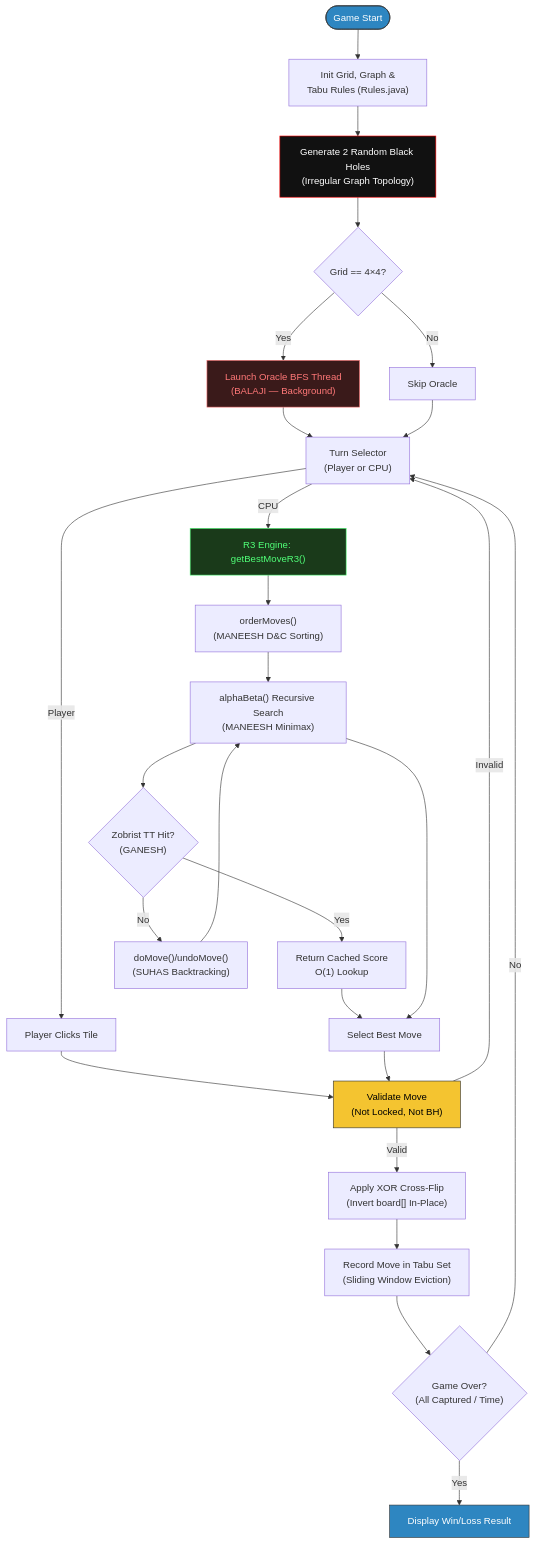
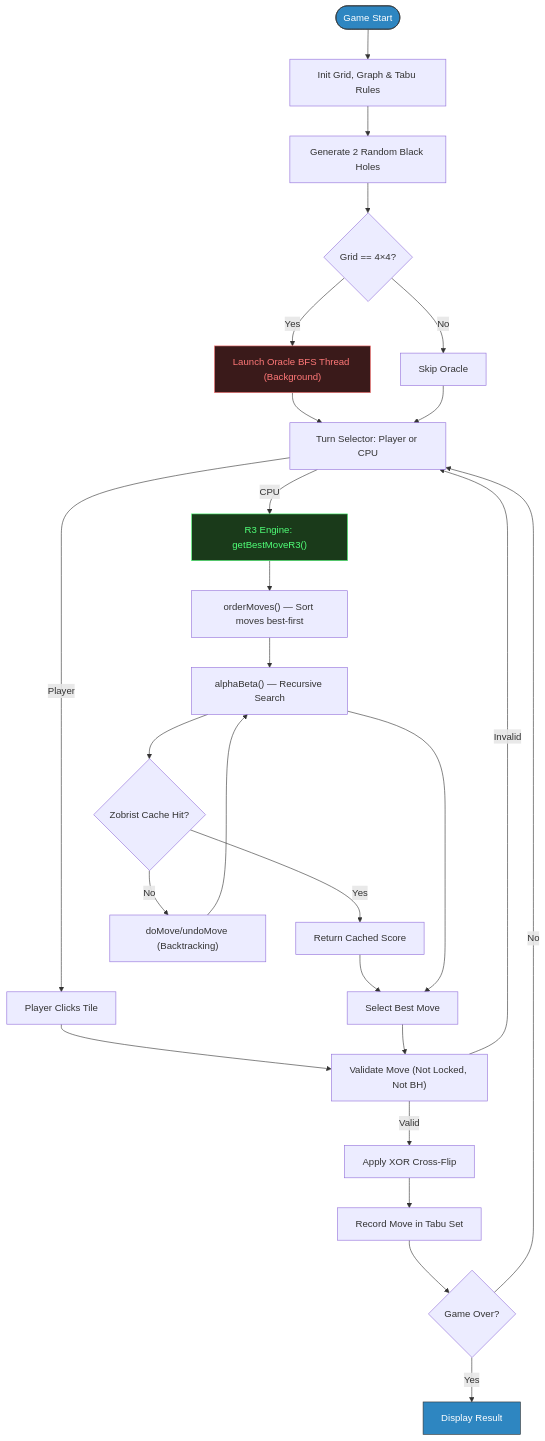
The first of 6 diagrams in game_analysis_r3.md (Ganesh2006646/FLIP), drawn with Mermaid before and after one commit. The commit also changed other lines of this file, not shown here.

Commit message:
mofied the game analysis file for review 3

````diff
--- a/game_analysis_r3.md
+++ b/game_analysis_r3.md
@@ -40,36 +37,34 @@
 ```mermaid
 graph TD
-    Start(["Game Start"]) --> Init["Init Grid, Graph &<br>Tabu Rules (Rules.java)"]
-    Init --> BH["Generate 2 Random Black Holes<br>(Irregular Graph Topology)"]
+    Start(["Game Start"]) --> Init["Init Grid, Graph & Tabu Rules"]
+    Init --> BH["Generate 2 Random Black Holes"]
     BH --> Oracle{"Grid == 4×4?"}
-    Oracle -->|Yes| BFS["Launch Oracle BFS Thread<br>(BALAJI — Background)"]
+    Oracle -->|Yes| BFS["Launch Oracle BFS Thread (Background)"]
     Oracle -->|No| Skip["Skip Oracle"]
     BFS --> Turn
     Skip --> Turn
-    Turn["Turn Selector<br>(Player or CPU)"]
+    Turn["Turn Selector: Player or CPU"]
     Turn -->|Player| PMove["Player Clicks Tile"]
     Turn -->|CPU| AI["R3 Engine: getBestMoveR3()"]
-    AI --> Order["orderMoves()<br>(MANEESH D&C Sorting)"]
-    Order --> AB["alphaBeta() Recursive Search<br>(MANEESH Minimax)"]
-    AB --> TT{"Zobrist TT Hit?<br>(GANESH)"}
-    TT -->|Yes| Cache["Return Cached Score<br>O(1) Lookup"]
-    TT -->|No| BT["doMove()/undoMove()<br>(SUHAS Backtracking)"]
+    AI --> Order["orderMoves() — Sort moves best-first"]
+    Order --> AB["alphaBeta() — Recursive Search"]
+    AB --> TT{"Zobrist Cache Hit?"}
+    TT -->|Yes| Cache["Return Cached Score"]
+    TT -->|No| BT["doMove/undoMove (Backtracking)"]
     BT --> AB
     Cache --> Best["Select Best Move"]
     AB --> Best
-    PMove --> Val["Validate Move<br>(Not Locked, Not BH)"]
+    PMove --> Val["Validate Move (Not Locked, Not BH)"]
     Best --> Val
     Val -->|Invalid| Turn
-    Val -->|Valid| Flip["Apply XOR Cross-Flip<br>(Invert board[] In-Place)"]
-    Flip --> Tabu["Record Move in Tabu Set<br>(Sliding Window Eviction)"]
-    Tabu --> WinCheck{"Game Over?<br>(All Captured / Time)"}
+    Val -->|Valid| Flip["Apply XOR Cross-Flip"]
+    Flip --> Tabu["Record Move in Tabu Set"]
+    Tabu --> WinCheck{"Game Over?"}
     WinCheck -->|No| Turn
-    WinCheck -->|Yes| End["Display Win/Loss Result"]
+    WinCheck -->|Yes| End["Display Result"]
 
     style Start fill:#2E86C1,stroke:#333,color:#fff
     style End fill:#2E86C1,stroke:#333,color:#fff
-    style BH fill:#111,stroke:#f00,color:#fff
-    style Val fill:#F4C430,stroke:#333,color:#000
     style AI fill:#1a3a1a,color:#50FF78,stroke:#50FF78
     style BFS fill:#3a1a1a,color:#FF7878,stroke:#FF7878
 ```
````
